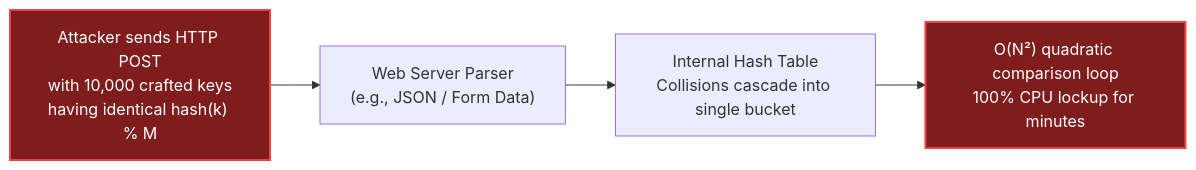
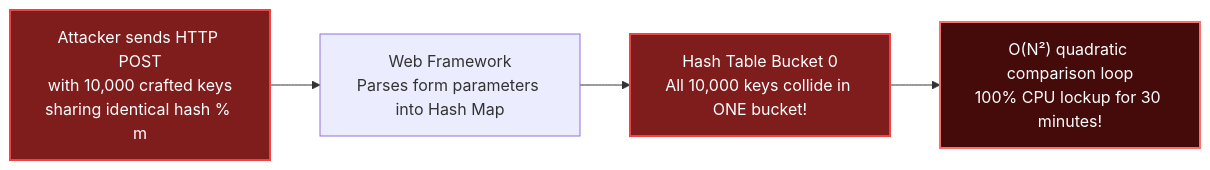
Diagram 13 of 14 in content/docs/dsa/01-foundations-and-linear-structures/06-hash-tables-and-hashing.mdx (1345AbhishekKumar/cs-cookbook), drawn with Mermaid before and after one commit. The commit also changed other lines of this file and 211 other files, not shown here.

````diff
--- a/content/docs/dsa/01-foundations-and-linear-structures/06-hash-tables-and-hashing.mdx
+++ b/content/docs/dsa/01-foundations-and-linear-structures/06-hash-tables-and-hashing.mdx
@@ -144,9 +792,10 @@
 ```mermaid
 flowchart LR
-    Attacker["Attacker sends HTTP POST<br/>with 10,000 crafted keys<br/>having identical hash(k) % M"] --> Server["Web Server Parser<br/>(e.g., JSON / Form Data)"]
-    Server --> Table["Internal Hash Table<br/>Collisions cascade into single bucket"]
-    Table --> Freeze["O(N²) quadratic comparison loop<br/>100% CPU lockup for minutes"]
+    Attacker["Attacker sends HTTP POST<br/>with 10,000 crafted keys<br/>sharing identical hash % m"] --> Parser["Web Framework<br/>Parses form parameters into Hash Map"]
+    Parser --> Table["Hash Table Bucket 0<br/>All 10,000 keys collide in ONE bucket!"]
+    Table --> Lockup["O(N²) quadratic comparison loop<br/>100% CPU lockup for 30 minutes!"]
 
     style Attacker fill:#7f1d1d,stroke:#ef4444,stroke-width:2px,color:#fff
-    style Freeze fill:#7f1d1d,stroke:#ef4444,stroke-width:2px,color:#fff
+    style Table fill:#7f1d1d,stroke:#ef4444,stroke-width:2px,color:#fff
+    style Lockup fill:#450a0a,stroke:#f87171,stroke-width:2px,color:#fff
 ```
````
